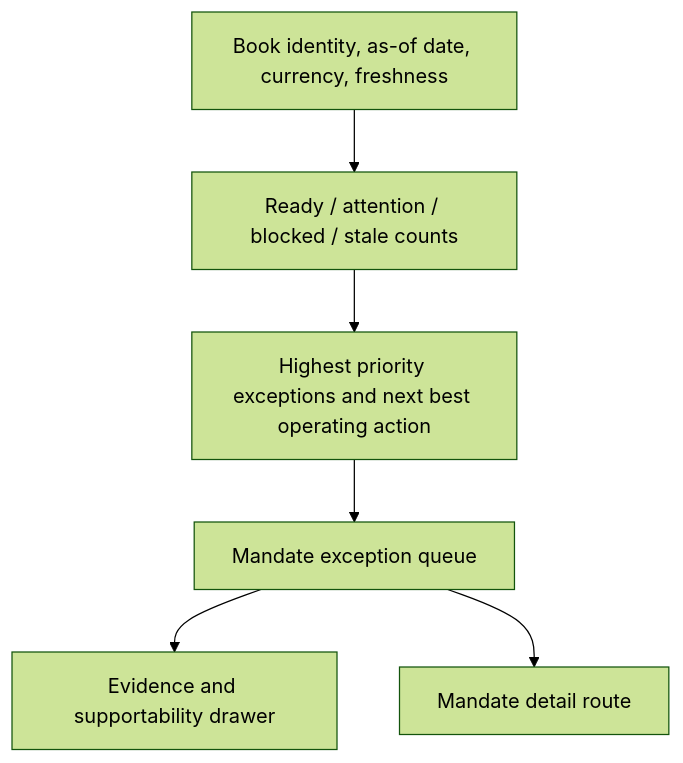
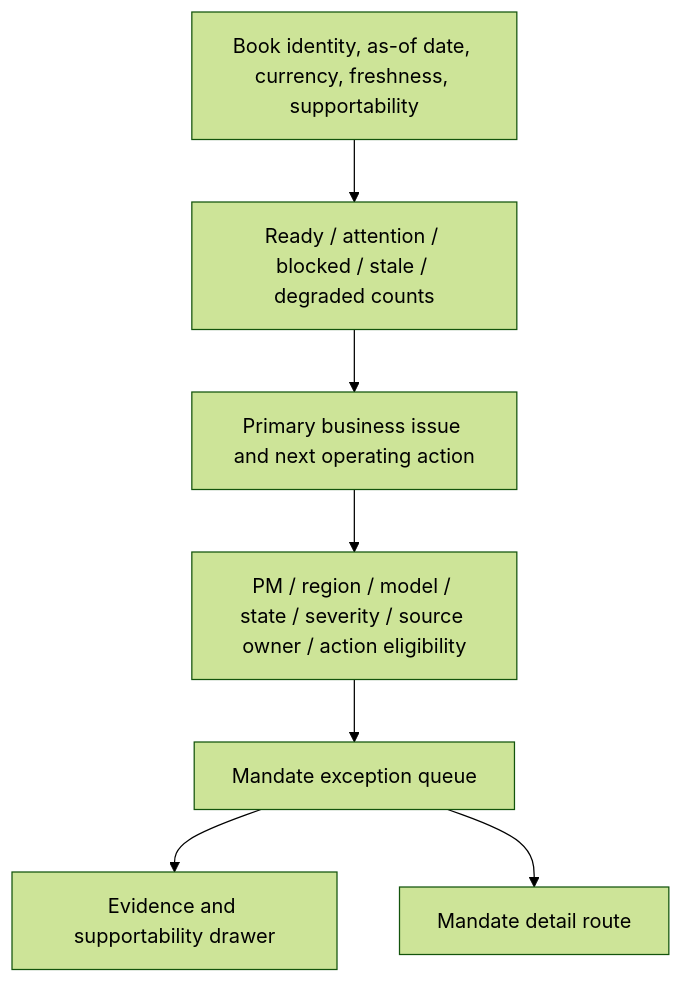
The second of 3 diagrams in docs/rfcs/RFC-0098-dpm-mandate-command-center-experience.md (sgajbi/advisor-workbench), drawn with Mermaid (forest theme) before and after one commit. The commit also changed other lines of this file, not shown here.

````diff
--- a/docs/rfcs/RFC-0098-dpm-mandate-command-center-experience.md
+++ b/docs/rfcs/RFC-0098-dpm-mandate-command-center-experience.md
@@ -150,8 +281,10 @@
 ```mermaid
 flowchart TB
-    Header[Book identity, as-of date, currency, freshness] --> Scoreboard[Ready / attention / blocked / stale counts]
-    Scoreboard --> Priority[Highest priority exceptions and next best operating action]
-    Priority --> Queue[Mandate exception queue]
-    Queue --> Drawer[Evidence and supportability drawer]
+    Header[Book identity, as-of date, currency, freshness, supportability]
+    Header --> Counts[Ready / attention / blocked / stale / degraded counts]
+    Counts --> Priority[Primary business issue and next operating action]
+    Priority --> Filters[PM / region / model / state / severity / source owner / action eligibility]
+    Filters --> Queue[Mandate exception queue]
+    Queue --> Evidence[Evidence and supportability drawer]
     Queue --> Detail[Mandate detail route]
 ```
````
